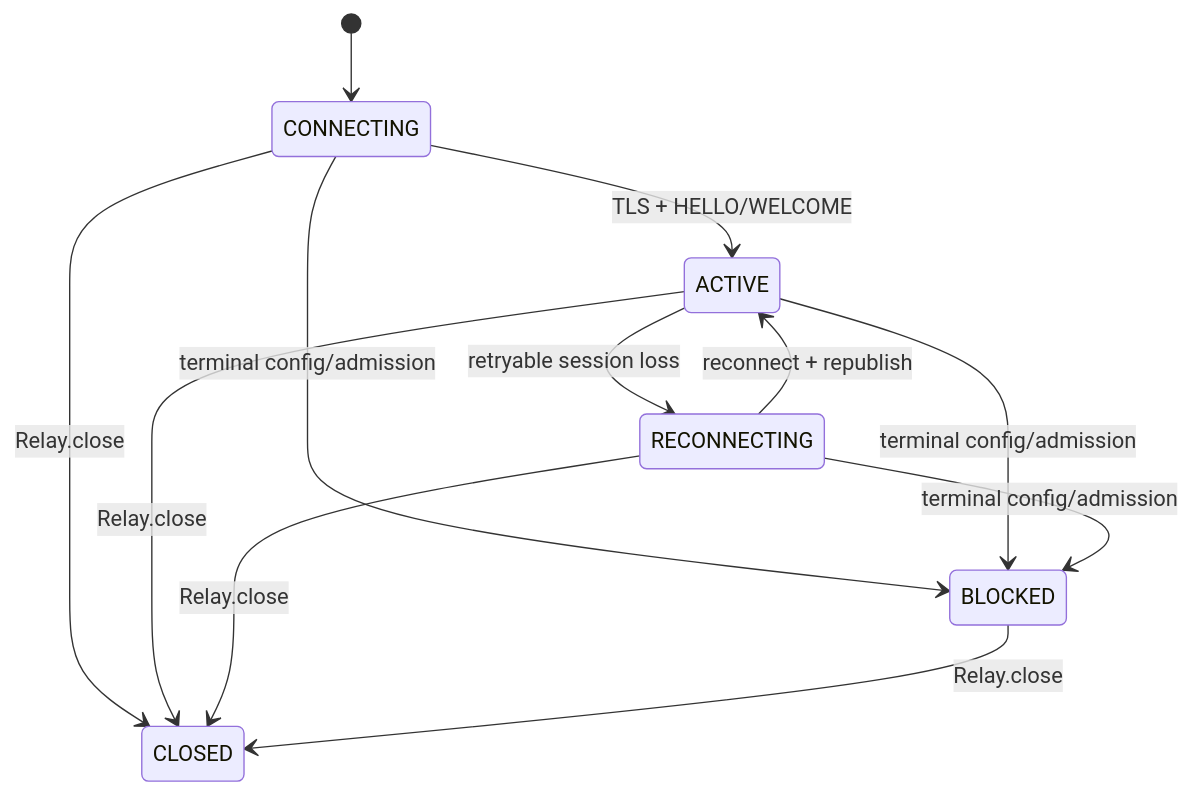
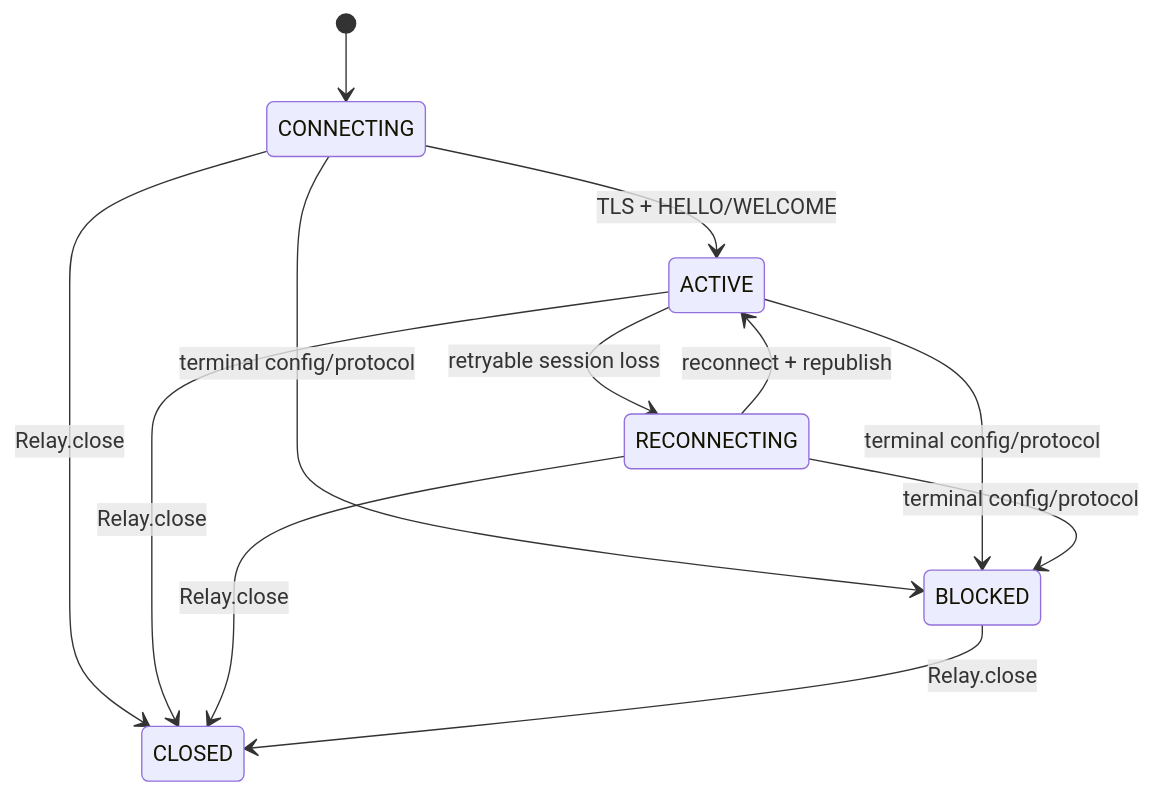
The first of 3 diagrams in docs/spec/002-sdk-pipe-contract.md (cagojeiger/relaygate), drawn with Mermaid before and after one commit. The commit also changed other lines of this file and 177 other files, not shown here.

````diff
--- a/docs/spec/002-sdk-pipe-contract.md
+++ b/docs/spec/002-sdk-pipe-contract.md
@@ -25,14 +51,14 @@
 ```mermaid
 stateDiagram-v2
     [*] --> CONNECTING
     CONNECTING --> ACTIVE: TLS + HELLO/WELCOME
     ACTIVE --> RECONNECTING: retryable session loss
     RECONNECTING --> ACTIVE: reconnect + republish
-    CONNECTING --> BLOCKED: terminal config/admission
-    ACTIVE --> BLOCKED: terminal config/admission
-    RECONNECTING --> BLOCKED: terminal config/admission
+    CONNECTING --> BLOCKED: terminal config/protocol
+    ACTIVE --> BLOCKED: terminal config/protocol
+    RECONNECTING --> BLOCKED: terminal config/protocol
     CONNECTING --> CLOSED: Relay.close
     ACTIVE --> CLOSED: Relay.close
     RECONNECTING --> CLOSED: Relay.close
     BLOCKED --> CLOSED: Relay.close
 ```
````
